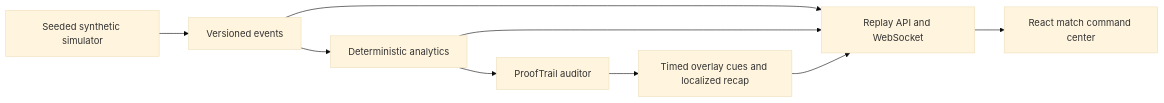
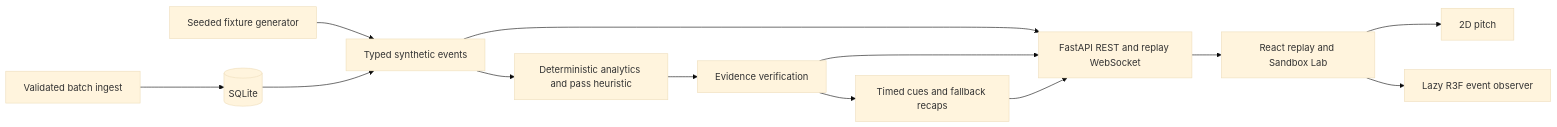
Before and after one commit to Microsoft-Game-Developer-Hackathon-2026/Pulse-Xi: the diagram in README.md, drawn with Mermaid (base theme). The commit also changed other lines of this file and 7 other files, not shown here.

````diff
--- a/README.md
+++ b/README.md
@@ -31,11 +71,15 @@
 ```mermaid
 flowchart LR
-  S[Seeded synthetic simulator] --> E[Versioned events]
-  E --> A[Deterministic analytics]
-  E --> R[Replay API and WebSocket]
-  A --> P[ProofTrail auditor]
-  P --> O[Timed overlay cues and localized recap]
-  A --> R
-  O --> R
-  R --> U[React match command center]
+  S[Seeded fixture generator] --> E[Typed synthetic events]
+  I[Validated batch ingest] --> DB[(SQLite)]
+  DB --> E
+  E --> A[Deterministic analytics and pass heuristic]
+  A --> V[Evidence verification]
+  E --> API[FastAPI REST and replay WebSocket]
+  V --> API
+  V --> C[Timed cues and fallback recaps]
+  C --> API
+  API --> UI[React replay and Sandbox Lab]
+  UI --> D[2D pitch]
+  UI --> O[Lazy R3F event observer]
 ```
````
